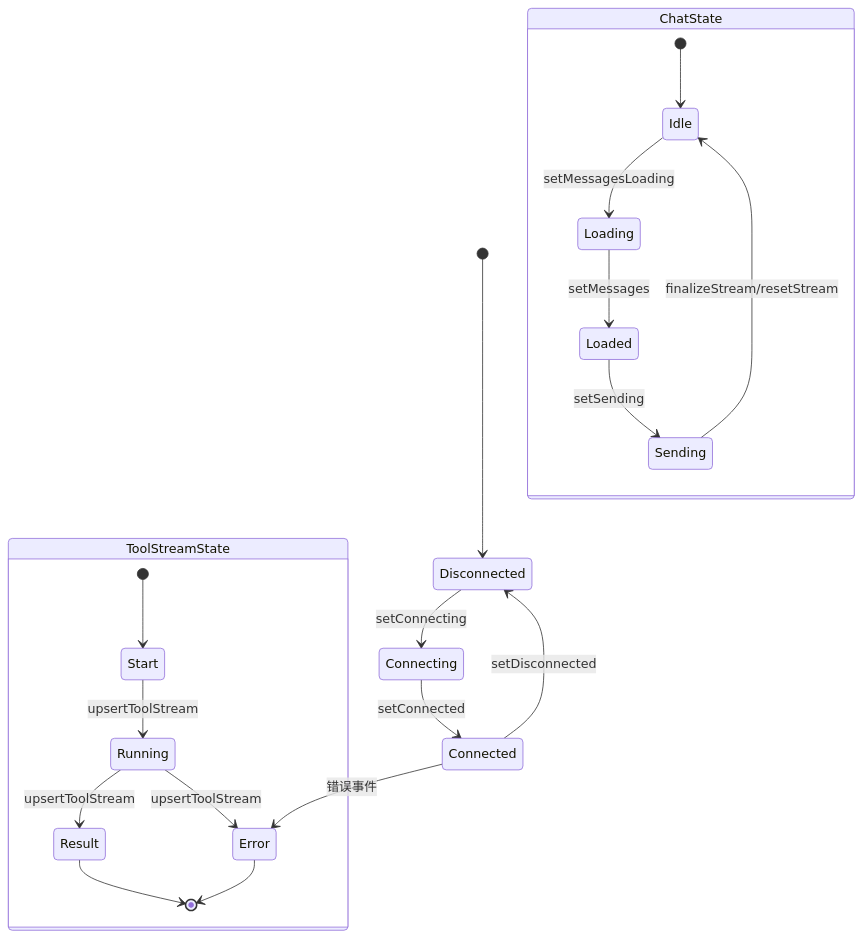
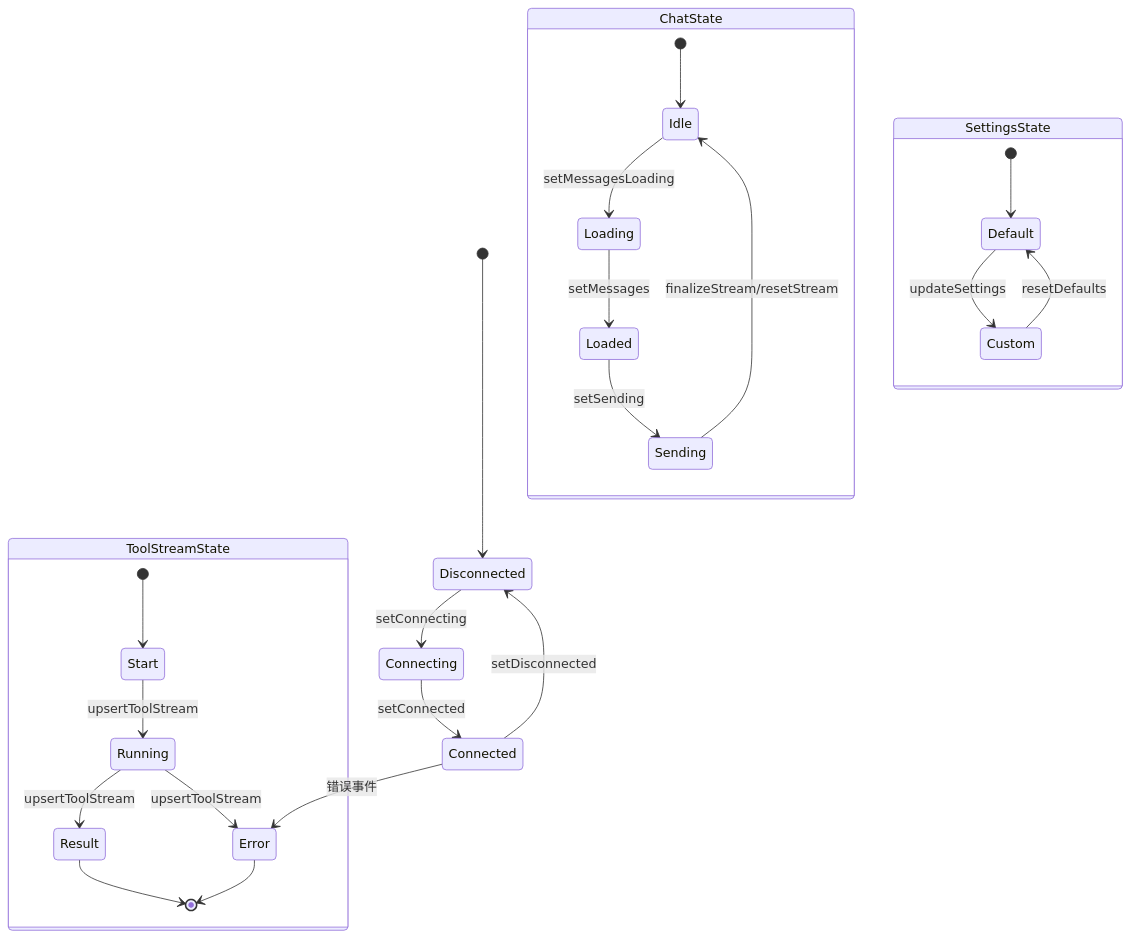
Before and after one commit to verse-ai-org/openclaw: the seventh of 12 diagrams in .qoder/repowiki/zh/content/Web界面/WebChat界面.md, drawn with Mermaid. The commit also changed other lines of this file and 46 other files, not shown here.

````diff
--- a/.qoder/repowiki/zh/content/Web界面/WebChat界面.md
+++ b/.qoder/repowiki/zh/content/Web界面/WebChat界面.md
@@ -253,23 +384,28 @@
 ```mermaid
 stateDiagram-v2
 [*] --> Disconnected
 Disconnected --> Connecting : setConnecting
 Connecting --> Connected : setConnected
 Connected --> Disconnected : setDisconnected
 Connected --> Error : 错误事件
 state ChatState {
 [*] --> Idle
 Idle --> Loading : setMessagesLoading
 Loading --> Loaded : setMessages
 Loaded --> Sending : setSending
 Sending --> Idle : finalizeStream/resetStream
 }
 state ToolStreamState {
 [*] --> Start
 Start --> Running : upsertToolStream
 Running --> Result : upsertToolStream
 Running --> Error : upsertToolStream
 Result --> [*]
 Error --> [*]
 }
+state SettingsState {
+[*] --> Default
+Default --> Custom : updateSettings
+Custom --> Default : resetDefaults
+}
 ```
````
